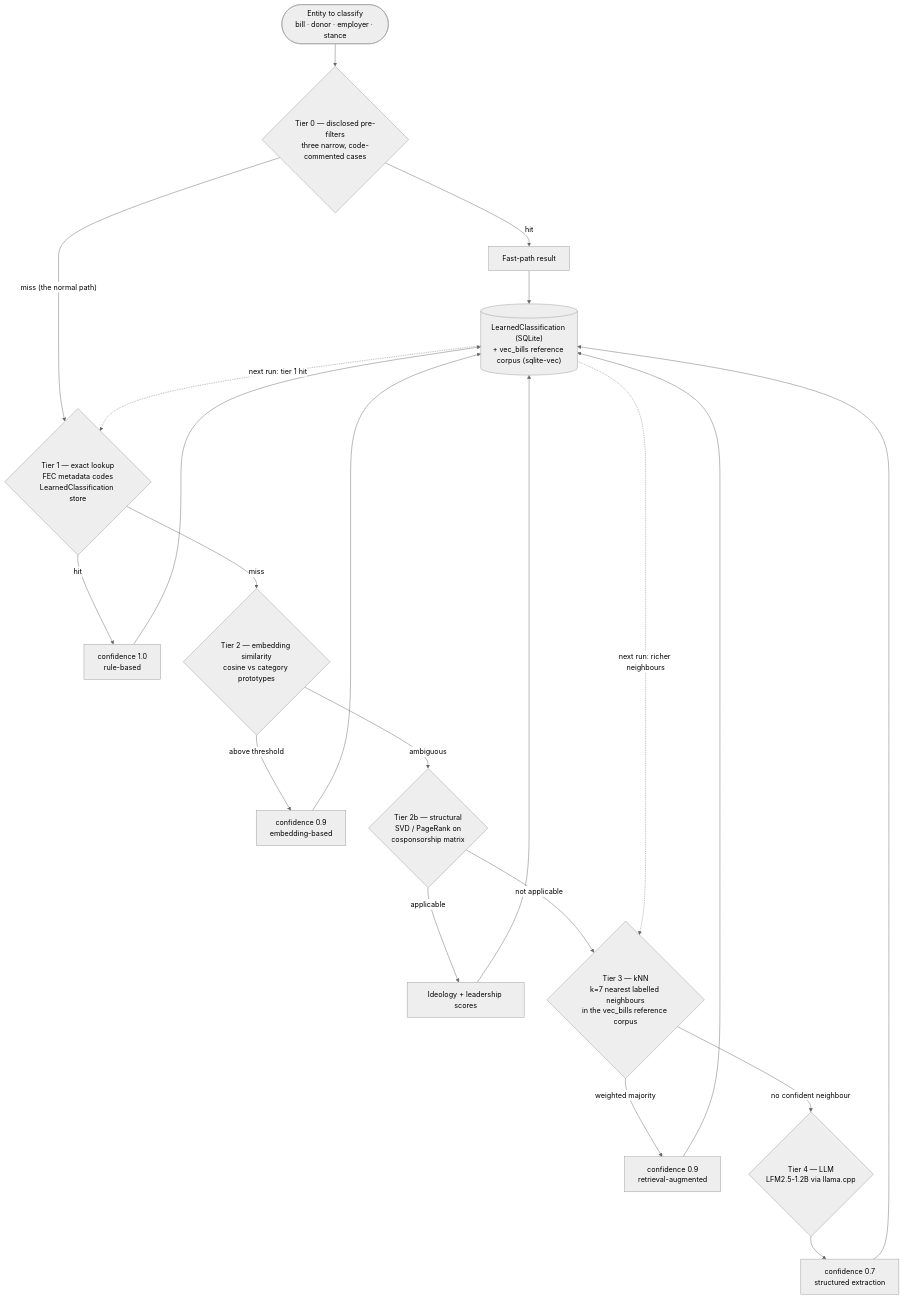
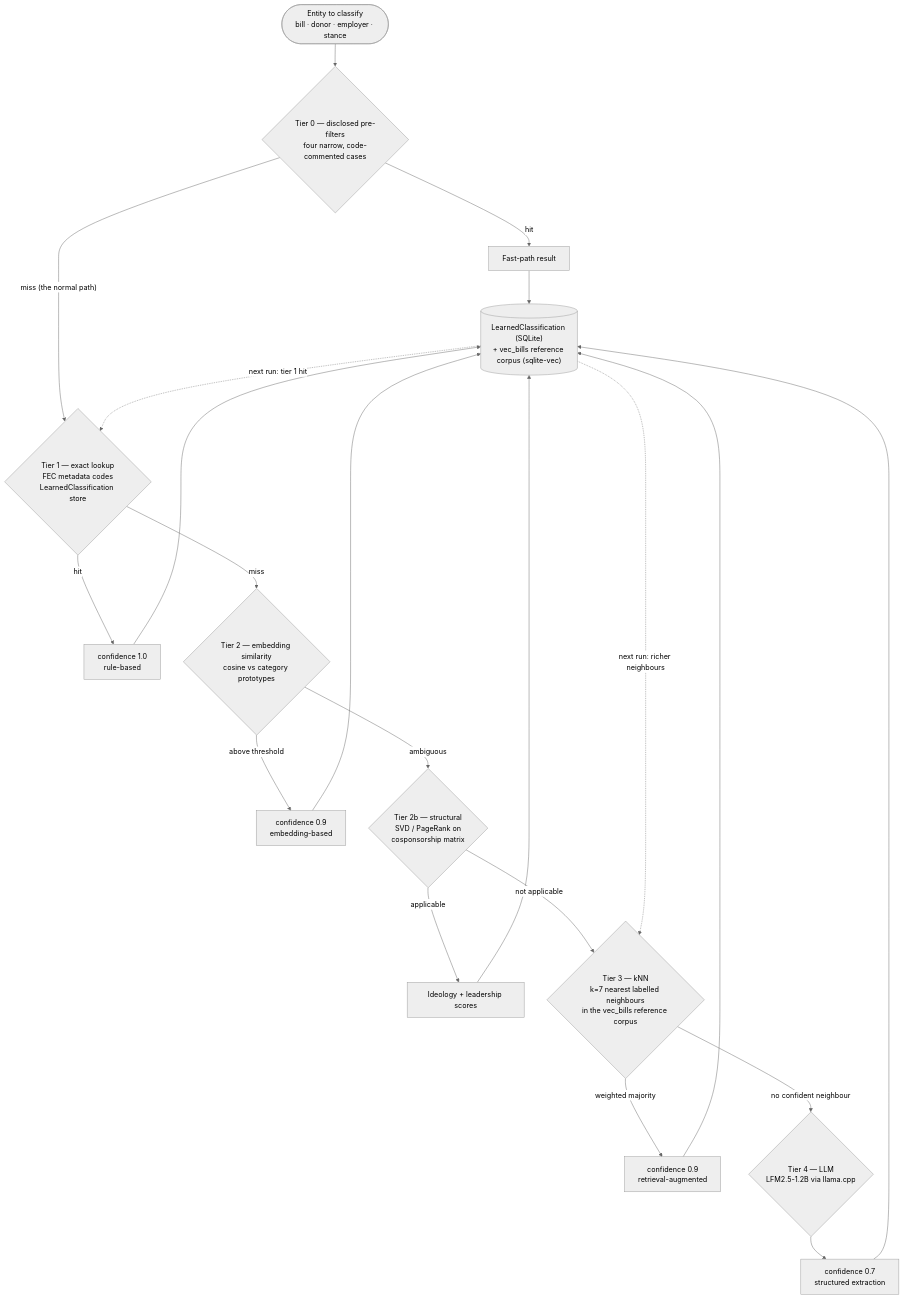
One commit to kamoras/civitas changed the diagram in docs/diagrams/04-classification-tiers.md. Above: the diagram before and after it, drawn with Mermaid (neutral theme). The commit also changed other lines of this file and 22 other files, not shown here.

````diff
--- a/docs/diagrams/04-classification-tiers.md
+++ b/docs/diagrams/04-classification-tiers.md
@@ -8,38 +8,38 @@
 ```mermaid
 flowchart TB
     IN(["Entity to classify<br/>bill · donor · employer · stance"]) --> T0
 
-    T0{"Tier 0 — disclosed pre-filters<br/>three narrow, code-commented cases"}
+    T0{"Tier 0 — disclosed pre-filters<br/>four narrow, code-commented cases"}
     T0 -->|"hit"| T0OUT["Fast-path result"]
     T0 -->|"miss (the normal path)"| T1
 
     T1{"Tier 1 — exact lookup<br/>FEC metadata codes<br/>LearnedClassification store"}
     T1 -->|hit| C10["confidence 1.0<br/>rule-based"]
     T1 -->|miss| T2
 
     T2{"Tier 2 — embedding similarity<br/>cosine vs category prototypes"}
     T2 -->|"above threshold"| C09["confidence 0.9<br/>embedding-based"]
     T2 -->|"ambiguous"| T2B
 
     T2B{"Tier 2b — structural<br/>SVD / PageRank on<br/>cosponsorship matrix"}
     T2B -->|"applicable"| C09B["Ideology + leadership scores"]
     T2B -->|"not applicable"| T3
 
     T3{"Tier 3 — kNN<br/>k=7 nearest labelled neighbours<br/>in the vec_bills reference corpus"}
     T3 -->|"weighted majority"| C09C["confidence 0.9<br/>retrieval-augmented"]
     T3 -->|"no confident neighbour"| T4
 
     T4{"Tier 4 — LLM<br/>LFM2.5-1.2B via llama.cpp"}
     T4 --> C07["confidence 0.7<br/>structured extraction"]
 
     C10 --> STORE
     C09 --> STORE
     C09B --> STORE
     C09C --> STORE
     C07 --> STORE
     T0OUT --> STORE
 
     STORE[("LearnedClassification (SQLite)<br/>+ vec_bills reference corpus (sqlite-vec)")]
     STORE -.->|"next run: tier 1 hit"| T1
     STORE -.->|"next run: richer neighbours"| T3
 ```
````
